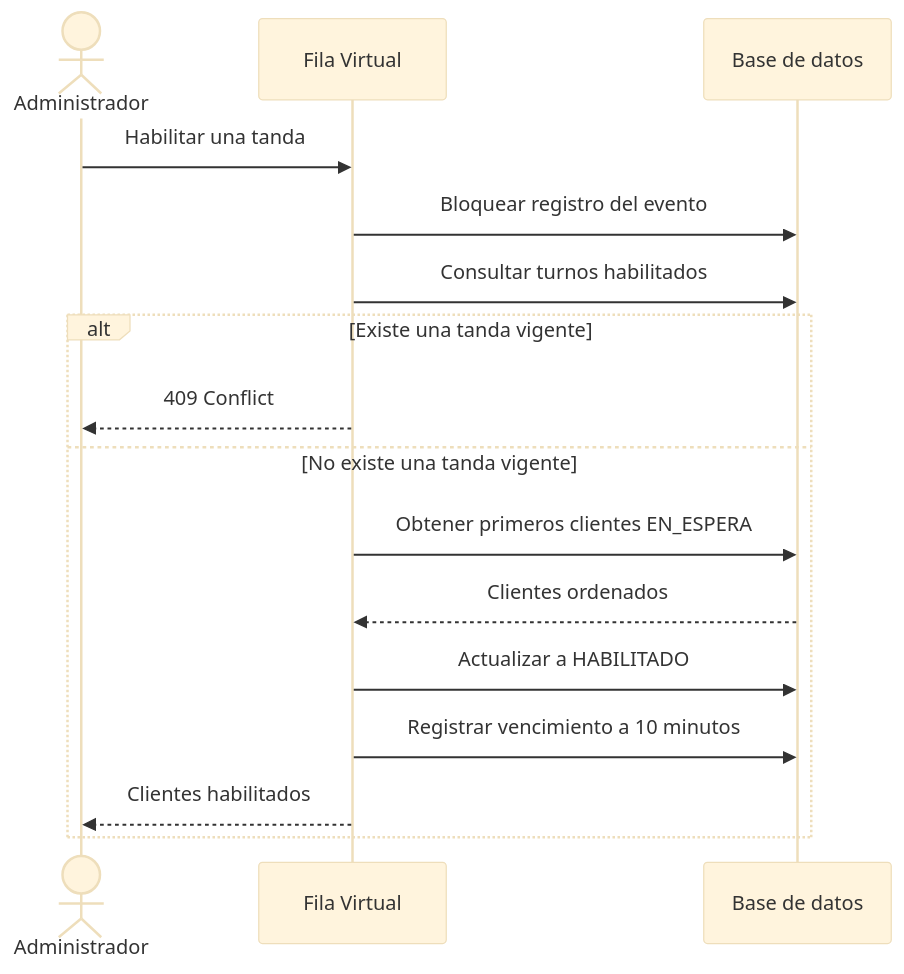
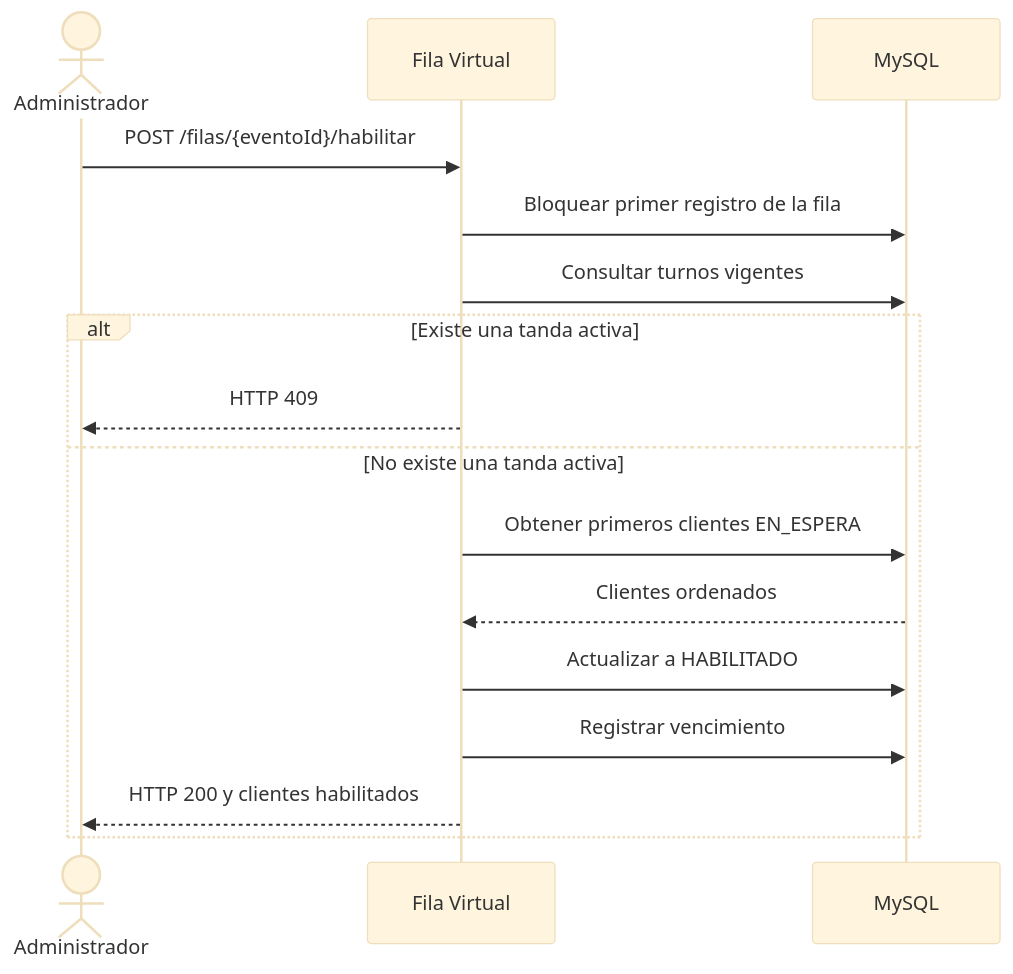
The third of 5 diagrams in TPE-micro2/msvc-fila-virtual/docs/02-ARQUITECTURA-Y-DIAGRAMAS.md (LuliDiNucci/arquitecturasGrupo12), drawn with Mermaid (base theme) before and after one commit. The commit also changed other lines of this file and 53 other files, not shown here.

````diff
--- a/TPE-micro2/msvc-fila-virtual/docs/02-ARQUITECTURA-Y-DIAGRAMAS.md
+++ b/TPE-micro2/msvc-fila-virtual/docs/02-ARQUITECTURA-Y-DIAGRAMAS.md
@@ -155,20 +169,20 @@
 ```mermaid
 sequenceDiagram
     actor Administrador
     participant FV as Fila Virtual
-    participant DB as Base de datos
+    participant DB as MySQL
 
-    Administrador->>FV: Habilitar una tanda
-    FV->>DB: Bloquear registro del evento
-    FV->>DB: Consultar turnos habilitados
+    Administrador->>FV: POST /filas/{eventoId}/habilitar
+    FV->>DB: Bloquear primer registro de la fila
+    FV->>DB: Consultar turnos vigentes
 
-    alt Existe una tanda vigente
-        FV-->>Administrador: 409 Conflict
-    else No existe una tanda vigente
+    alt Existe una tanda activa
+        FV-->>Administrador: HTTP 409
+    else No existe una tanda activa
         FV->>DB: Obtener primeros clientes EN_ESPERA
         DB-->>FV: Clientes ordenados
         FV->>DB: Actualizar a HABILITADO
-        FV->>DB: Registrar vencimiento a 10 minutos
-        FV-->>Administrador: Clientes habilitados
+        FV->>DB: Registrar vencimiento
+        FV-->>Administrador: HTTP 200 y clientes habilitados
     end
 ```
````
